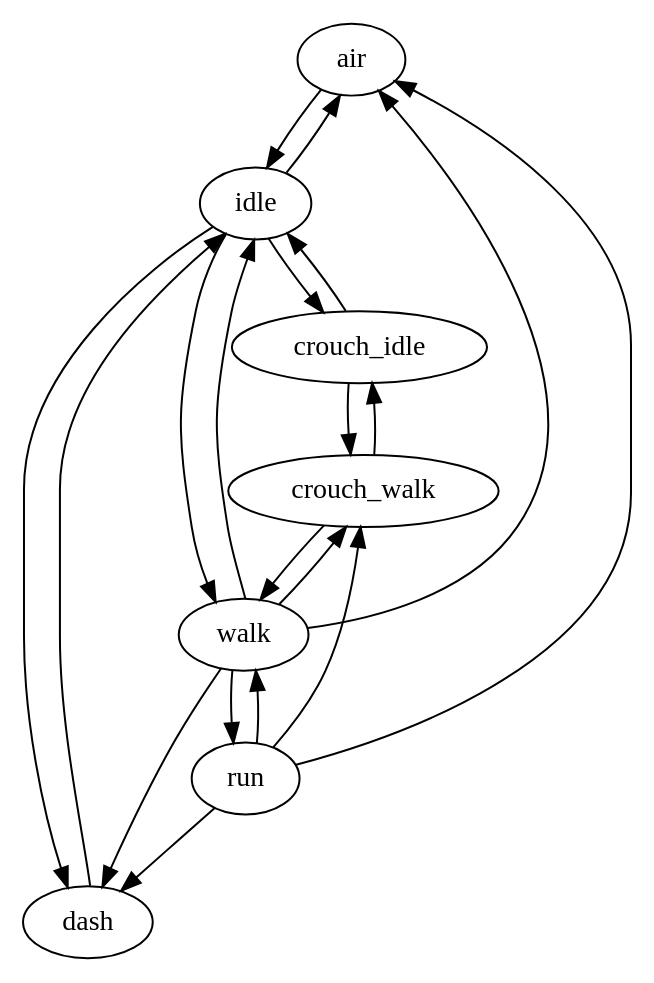
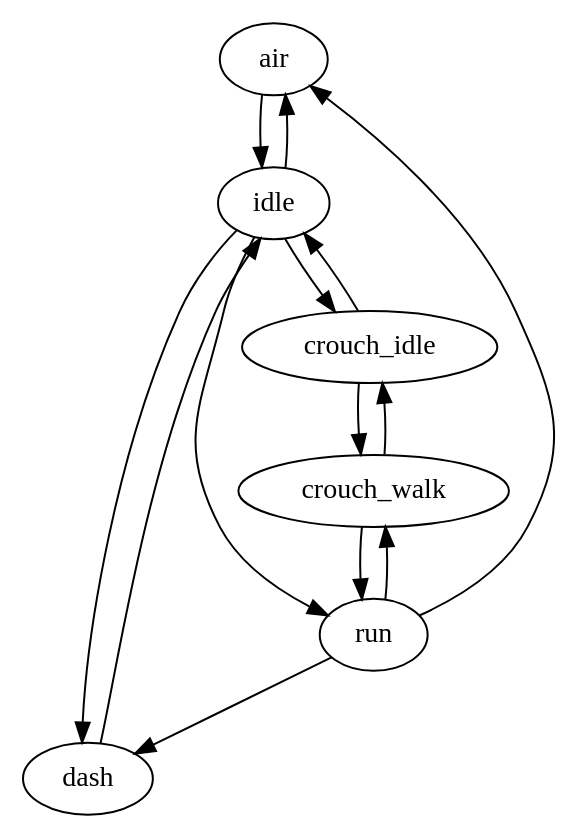
The diagram in Vector/Graph/player_state.gv (gus3000/PepperVania), drawn with Graphviz before and after one commit. The commit also changed 18 other files, not shown here.

```diff
--- a/Vector/Graph/player_state.gv
+++ b/Vector/Graph/player_state.gv
@@ -1,38 +1,30 @@
 digraph player_state {
     overlap = scale;
 	splines = true;
     
     air;
     dash;
     idle;
-    walk;
     run;
     crouch_idle;
     crouch_walk;
     
     air -> idle;
     
     dash -> idle;
     
     idle -> air;
     idle -> dash;
-    idle -> walk;
+    idle -> run;
     idle -> crouch_idle;
-    
-    walk -> air;
-    walk -> dash;
-    walk -> idle;
-    walk -> run;
-    walk -> crouch_walk;
     
     run -> air;
     run -> dash;
-    run -> walk;
     run -> crouch_walk;
     
     crouch_idle -> idle;
     crouch_idle -> crouch_walk;
     
-    crouch_walk -> walk;
+    crouch_walk -> run;
     crouch_walk -> crouch_idle;
 }
```
